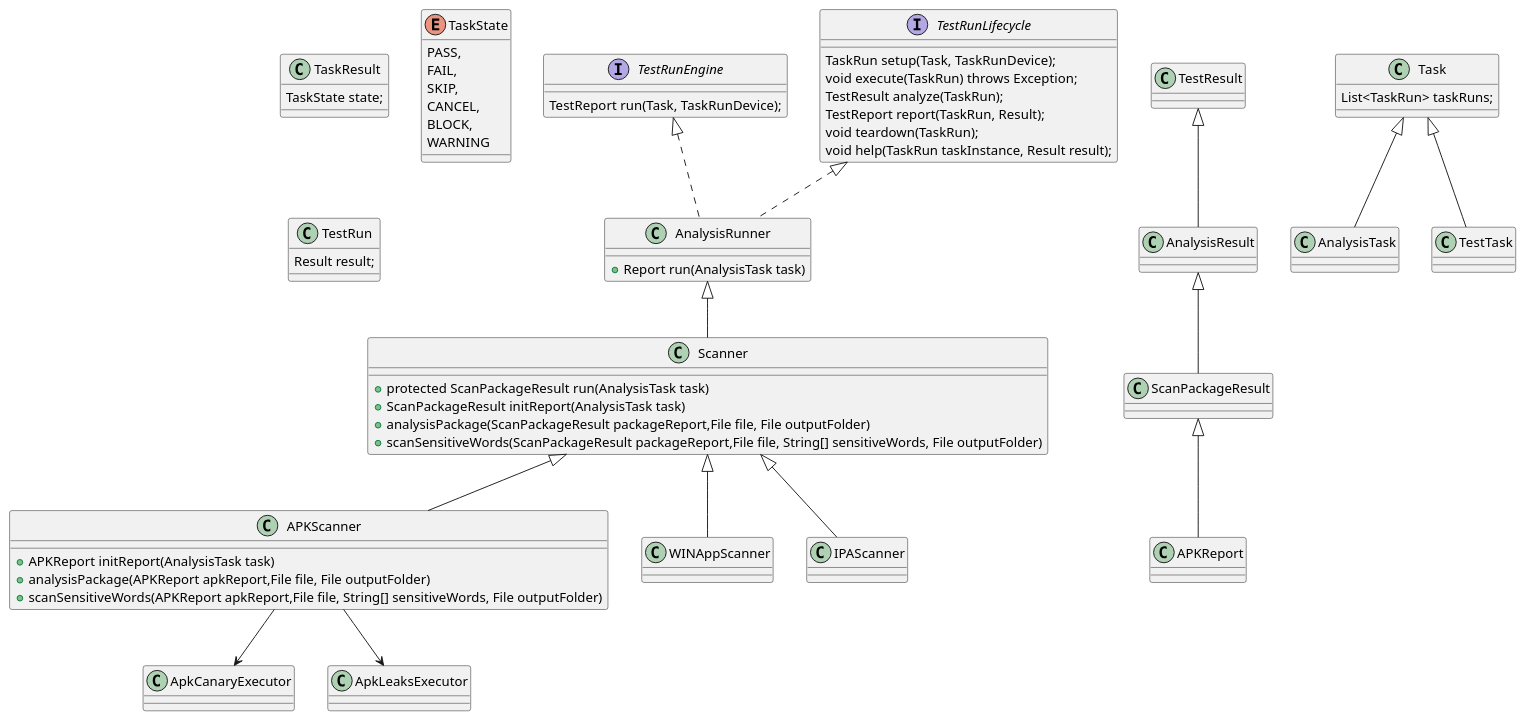
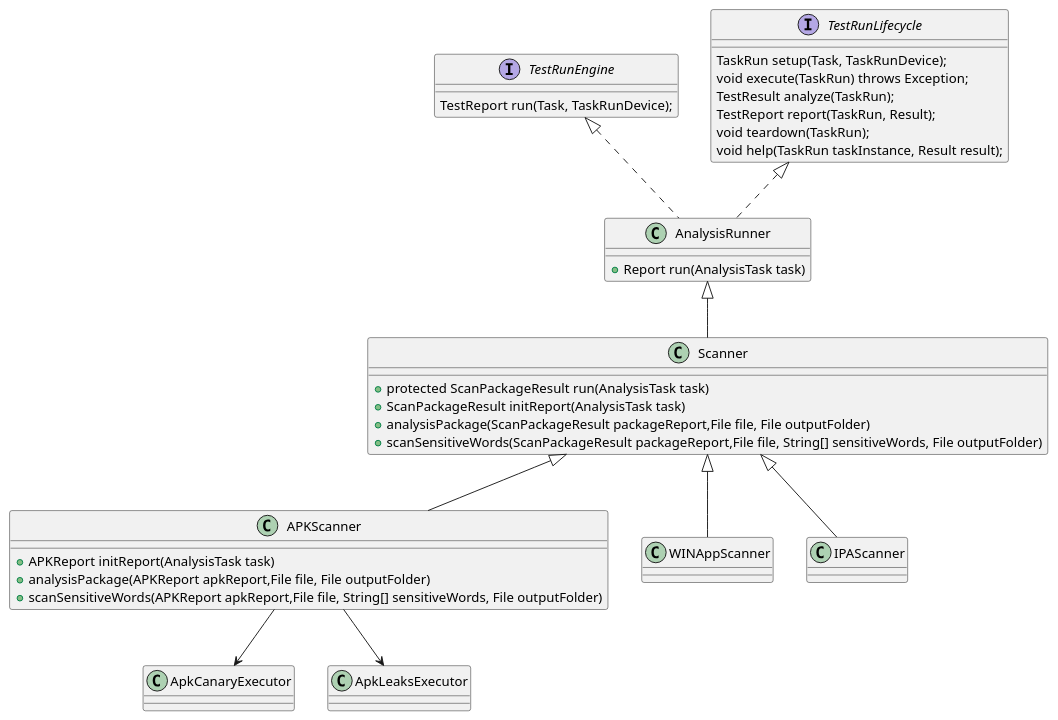
One commit to microsoft/HydraLab changed the first of 2 diagrams in agent/doc/UML/package_scanner_design.puml. Above: the diagram before and after it, drawn with PlantUML. The commit also changed 2 other files, not shown here.

Commit message:
update uml

```diff
--- a/agent/doc/UML/package_scanner_design.puml
+++ b/agent/doc/UML/package_scanner_design.puml
@@ -1,67 +1,35 @@
 @startuml packageScanner
-
 interface TestRunEngine {
     TestReport run(Task, TaskRunDevice);
 }
 interface TestRunLifecycle {
     TaskRun setup(Task, TaskRunDevice);
     void execute(TaskRun) throws Exception;
     TestResult analyze(TaskRun);
     TestReport report(TaskRun, Result);
     void teardown(TaskRun);
     void help(TaskRun taskInstance, Result result);
 }
-
 class AnalysisRunner implements TestRunEngine,TestRunLifecycle{
     +Report run(AnalysisTask task)
 
 }
-
 class Scanner extends AnalysisRunner{
     +protected ScanPackageResult run(AnalysisTask task)
     +ScanPackageResult initReport(AnalysisTask task)
     +analysisPackage(ScanPackageResult packageReport,File file, File outputFolder)
     +scanSensitiveWords(ScanPackageResult packageReport,File file, String[] sensitiveWords, File outputFolder)
 }
 class ApkCanaryExecutor {}
 class ApkLeaksExecutor{}
 class APKScanner extends Scanner {
     +APKReport initReport(AnalysisTask task)
     +analysisPackage(APKReport apkReport,File file, File outputFolder)
     +scanSensitiveWords(APKReport apkReport,File file, String[] sensitiveWords, File outputFolder)
 }
 APKScanner --> ApkCanaryExecutor
 APKScanner --> ApkLeaksExecutor
 class WINAppScanner extends Scanner {}
 class IPAScanner extends Scanner {}
 
-class TaskResult{
-    TaskState state;
-
-}
-
-enum TaskState{
-    PASS,
-    FAIL,
-    SKIP,
-    CANCEL,
-    BLOCK,
-    WARNING
-}
-
-class AnalysisResult extends TestResult{}
-class ScanPackageResult extends AnalysisResult{}
-class APKReport extends ScanPackageResult{}
-
-class Task{
-    List<TaskRun> taskRuns;
-}
-class AnalysisTask extends Task{
-}
-class TestTask extends Task{}
-
-class TestRun{
-    Result result;
-}
-
 @enduml
```
